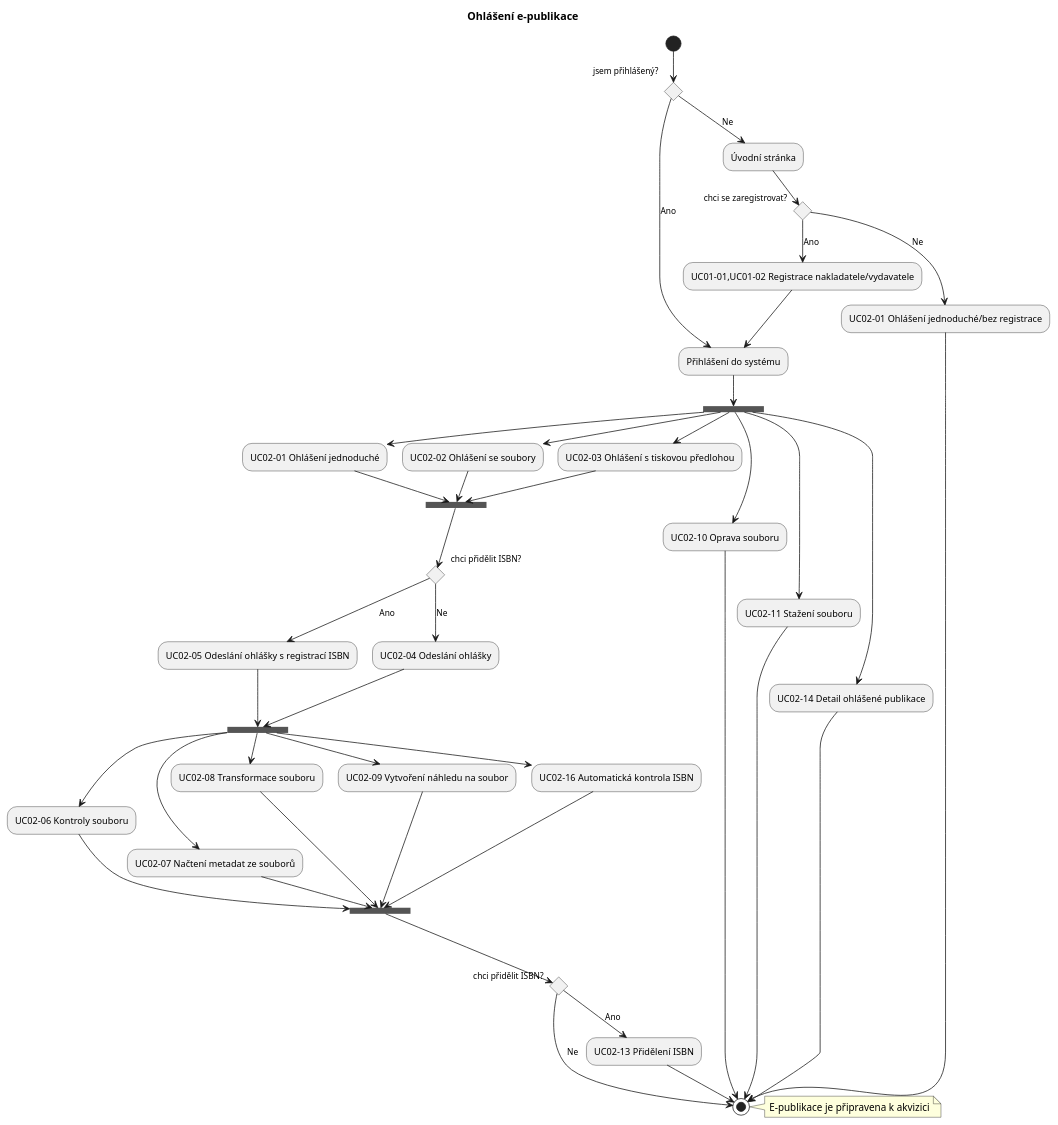
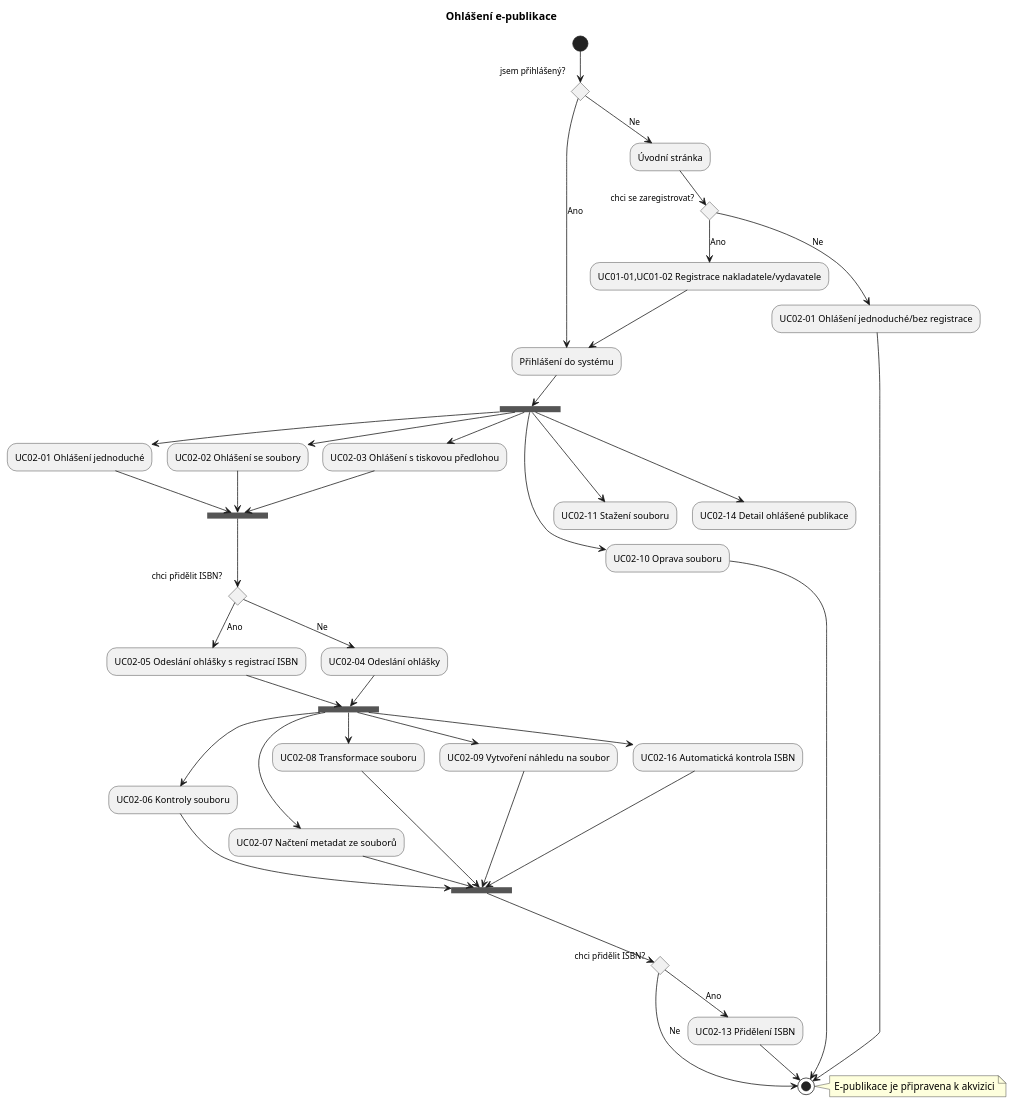
Before and after one commit to edeposit/edeposit: the diagram in docs/pm02.plantuml, drawn with PlantUML. The commit also changed 1 other file, not shown here.

```diff
--- a/docs/pm02.plantuml
+++ b/docs/pm02.plantuml
@@ -1,60 +1,58 @@
 @startuml
 
 title Ohlášení e-publikace
 
 (*) --> if "jsem přihlášený?" then
     -->[Ano] "Přihlášení do systému"
     --> === WORK_WITH_EPUBLICATION_S ===
     === WORK_WITH_EPUBLICATION_S === --> "UC02-01 Ohlášení jednoduché"
     === WORK_WITH_EPUBLICATION_S === --> "UC02-02 Ohlášení se soubory"
     === WORK_WITH_EPUBLICATION_S === --> "UC02-03 Ohlášení s tiskovou předlohou"
     === WORK_WITH_EPUBLICATION_S === ---> "UC02-10 Oprava souboru"
     ---> (*)
     === WORK_WITH_EPUBLICATION_S === ---> "UC02-11 Stažení souboru"
-    ---> (*)
     === WORK_WITH_EPUBLICATION_S === ---> "UC02-14 Detail ohlášené publikace"
-    ---> (*)
     
     "UC02-01 Ohlášení jednoduché" --> === SUBMIT_EPUBLICATION ===
     "UC02-02 Ohlášení se soubory" --> === SUBMIT_EPUBLICATION ===
     "UC02-03 Ohlášení s tiskovou předlohou" --> === SUBMIT_EPUBLICATION ===
     === SUBMIT_EPUBLICATION === --> if "chci přidělit ISBN?" then
     	-->[Ano] "UC02-05 Odeslání ohlášky s registrací ISBN"
 	--> === FILE_CHECKS ===
     else
 	-->[Ne] "UC02-04 Odeslání ohlášky"
 	--> === FILE_CHECKS ===
     endif
 
     === FILE_CHECKS === --> "UC02-06 Kontroly souboru"
     === FILE_CHECKS === --> "UC02-07 Načtení metadat ze souborů"
     === FILE_CHECKS === --> "UC02-08 Transformace souboru"
     === FILE_CHECKS === --> "UC02-09 Vytvoření náhledu na soubor"
     === FILE_CHECKS === --> "UC02-16 Automatická kontrola ISBN"
     "UC02-06 Kontroly souboru" --> === FILE_CHECKS_END ===
     "UC02-07 Načtení metadat ze souborů" --> === FILE_CHECKS_END ===
     "UC02-08 Transformace souboru" ---> === FILE_CHECKS_END ===
     "UC02-09 Vytvoření náhledu na soubor" ---> === FILE_CHECKS_END ===
     "UC02-16 Automatická kontrola ISBN" ---> === FILE_CHECKS_END ===
     === FILE_CHECKS_END ===	---> if "chci přidělit ISBN?" then
         --> [Ano] "UC02-13 Přidělení ISBN"
         --> (*)
     else 
         --> [Ne] (*)
         note right
         E-publikace je připravena k akvizici
         end note
     endif
 else
 	-->[Ne] "Úvodní stránka"
 	if "chci se zaregistrovat?" then
 	   	 -->[Ano] "UC01-01,UC01-02 Registrace nakladatele/vydavatele"
 		 "UC01-01,UC01-02 Registrace nakladatele/vydavatele" --> "Přihlášení do systému"
 	else
 		-->[Ne] "UC02-01 Ohlášení jednoduché/bez registrace"
 	endif
 endif
 
 "UC02-01 Ohlášení jednoduché/bez registrace" --> (*)
 
 @enduml
```
